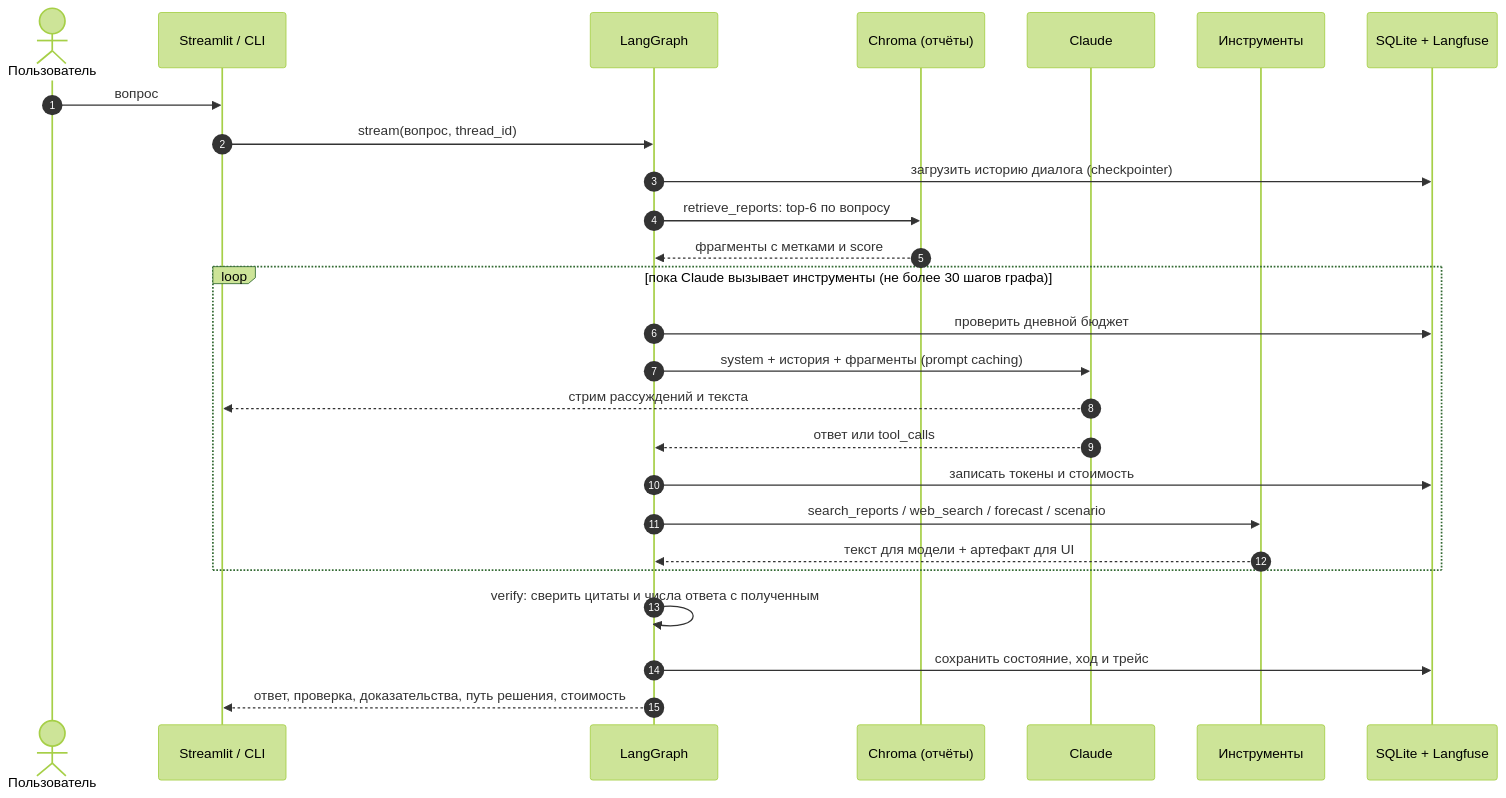
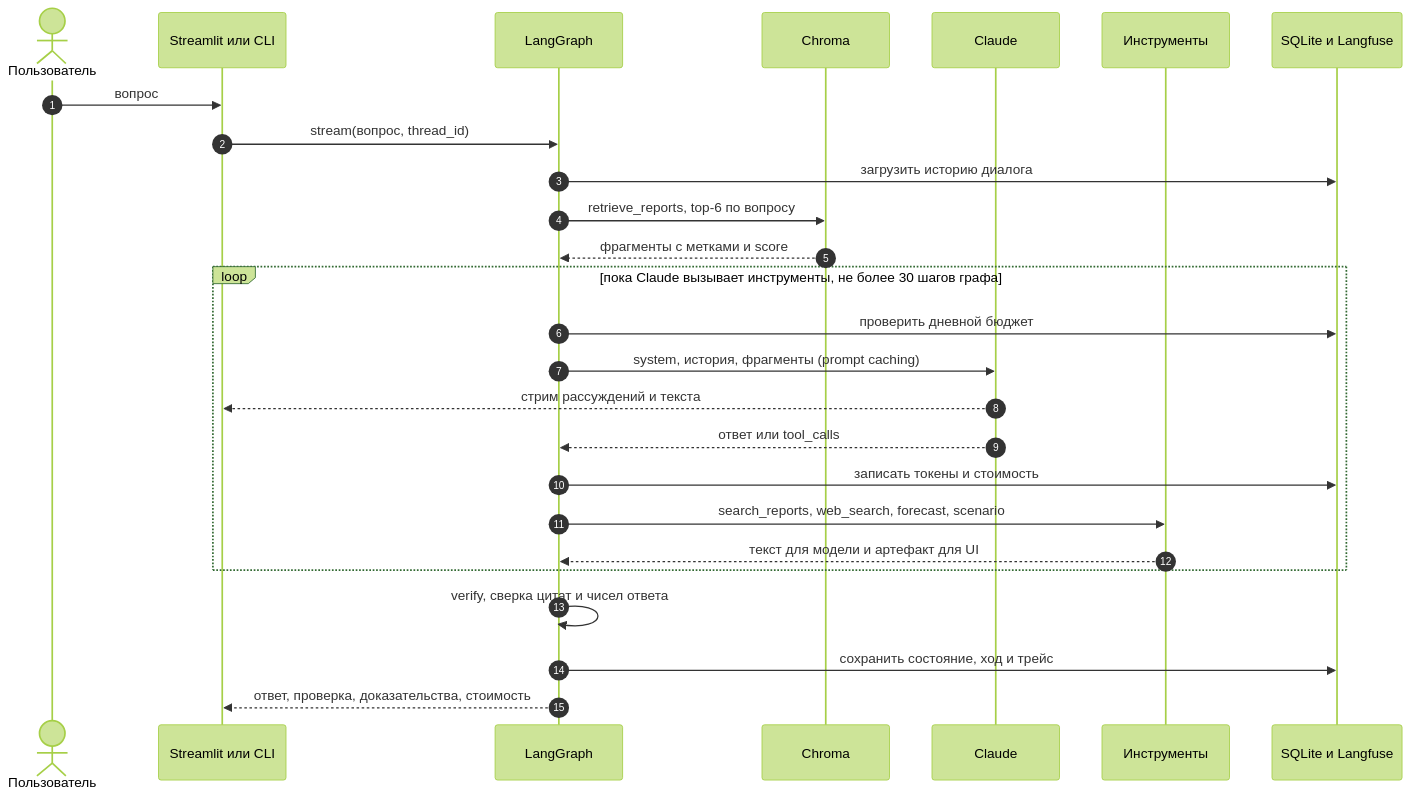
One commit to fpakhurov/oil-gas-analyst changed the second of 3 diagrams in README.md. Above: the diagram before and after it, drawn with Mermaid (forest theme). The commit also changed other lines of this file and 12 other files, not shown here.

````diff
--- a/README.md
+++ b/README.md
@@ -118,29 +120,29 @@
 ```mermaid
 sequenceDiagram
     autonumber
     actor User as Пользователь
-    participant UI as Streamlit / CLI
+    participant UI as Streamlit или CLI
     participant G as LangGraph
-    participant RAG as Chroma (отчёты)
+    participant RAG as Chroma
     participant C as Claude
     participant T as Инструменты
-    participant S as SQLite + Langfuse
+    participant S as SQLite и Langfuse
 
     User->>UI: вопрос
     UI->>G: stream(вопрос, thread_id)
-    G->>S: загрузить историю диалога (checkpointer)
-    G->>RAG: retrieve_reports: top-6 по вопросу
+    G->>S: загрузить историю диалога
+    G->>RAG: retrieve_reports, top-6 по вопросу
     RAG-->>G: фрагменты с метками и score
-    loop пока Claude вызывает инструменты (не более 30 шагов графа)
+    loop пока Claude вызывает инструменты, не более 30 шагов графа
         G->>S: проверить дневной бюджет
-        G->>C: system + история + фрагменты (prompt caching)
+        G->>C: system, история, фрагменты (prompt caching)
         C-->>UI: стрим рассуждений и текста
         C-->>G: ответ или tool_calls
         G->>S: записать токены и стоимость
-        G->>T: search_reports / web_search / forecast / scenario
-        T-->>G: текст для модели + артефакт для UI
+        G->>T: search_reports, web_search, forecast, scenario
+        T-->>G: текст для модели и артефакт для UI
     end
-    G->>G: verify: сверить цитаты и числа ответа с полученным
+    G->>G: verify, сверка цитат и чисел ответа
     G->>S: сохранить состояние, ход и трейс
-    G-->>UI: ответ, проверка, доказательства, путь решения, стоимость
+    G-->>UI: ответ, проверка, доказательства, стоимость
 ```
````
